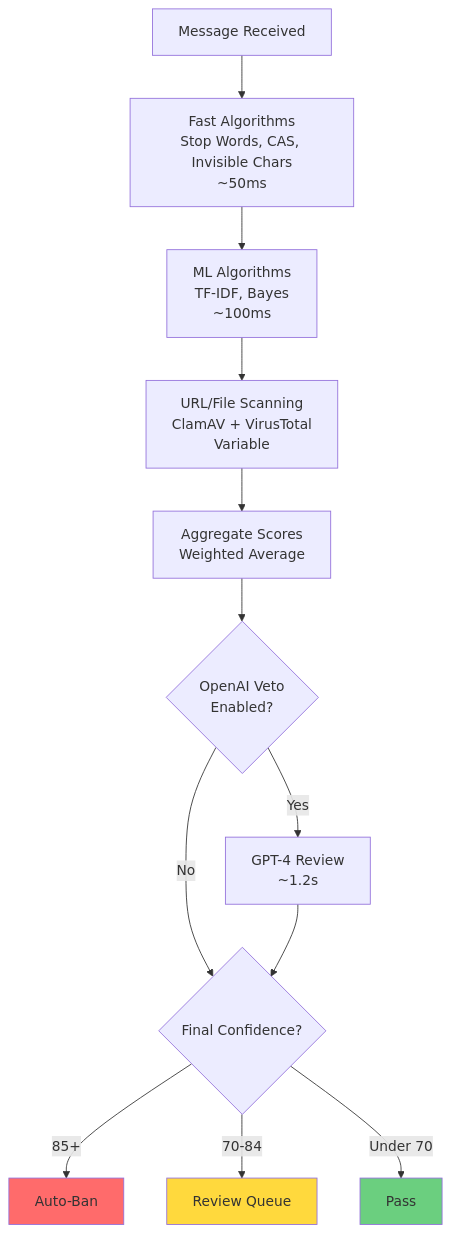
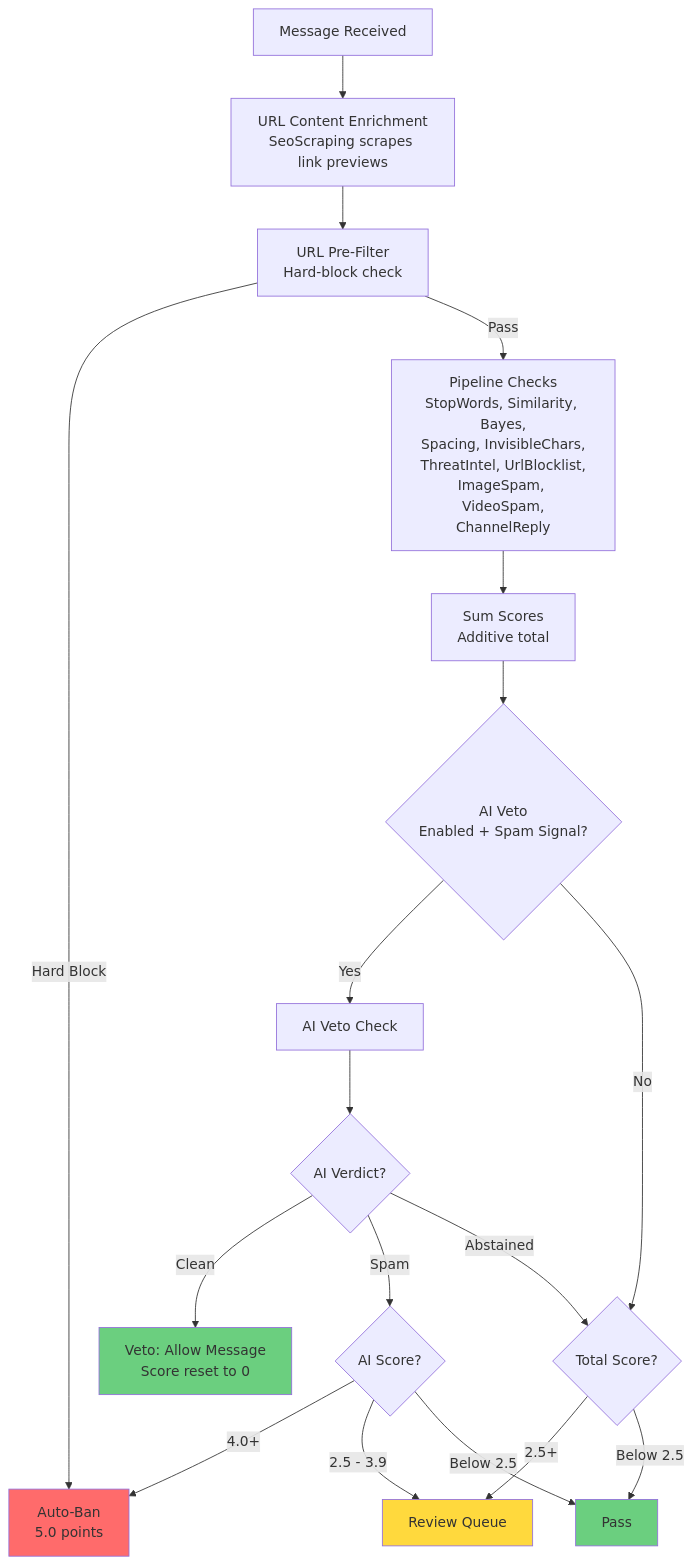
Before and after one commit to musicislife08/TelegramGroupsAdmin: the first of 3 diagrams in TelegramGroupsAdmin/Docs/features/03-spam-detection.md, drawn with Mermaid. The commit also changed other lines of this file and 21 other files, not shown here.

````diff
--- a/TelegramGroupsAdmin/Docs/features/03-spam-detection.md
+++ b/TelegramGroupsAdmin/Docs/features/03-spam-detection.md
@@ -31,18 +52,25 @@
 ```mermaid
 flowchart TD
-    A[Message Received] --> B[Fast Algorithms<br/>Stop Words, CAS, Invisible Chars<br/>~50ms]
-    B --> C[ML Algorithms<br/>TF-IDF, Bayes<br/>~100ms]
-    C --> D[URL/File Scanning<br/>ClamAV + VirusTotal<br/>Variable]
-    D --> E[Aggregate Scores<br/>Weighted Average]
-    E --> F{OpenAI Veto<br/>Enabled?}
-    F -->|Yes| G[GPT-4 Review<br/>~1.2s]
-    F -->|No| H{Final Confidence?}
-    G --> H
-    H -->|85+| I[Auto-Ban]
-    H -->|70-84| J[Review Queue]
-    H -->|Under 70| K[Pass]
+    A[Message Received] --> ENRICH[URL Content Enrichment<br/>SeoScraping scrapes link previews]
+    ENRICH --> PRE[URL Pre-Filter<br/>Hard-block check]
+    PRE -->|Hard Block| BAN[Auto-Ban<br/>5.0 points]
+    PRE -->|Pass| B[Pipeline Checks<br/>StopWords, Similarity, Bayes,<br/>Spacing, InvisibleChars,<br/>ThreatIntel, UrlBlocklist,<br/>ImageSpam, VideoSpam,<br/>ChannelReply]
+    B --> SUM[Sum Scores<br/>Additive total]
+    SUM --> F{AI Veto<br/>Enabled + Spam Signal?}
+    F -->|Yes| G[AI Veto Check]
+    F -->|No| H{Total Score?}
+    G --> AI_RESULT{AI Verdict?}
+    AI_RESULT -->|Clean| VETO[Veto: Allow Message<br/>Score reset to 0]
+    AI_RESULT -->|Spam| AI_SCORE{AI Score?}
+    AI_RESULT -->|Abstained| H
+    AI_SCORE -->|4.0+| BAN
+    AI_SCORE -->|2.5 - 3.9| REVIEW[Review Queue]
+    AI_SCORE -->|Below 2.5| PASS[Pass]
+    H -->|2.5+| REVIEW
+    H -->|Below 2.5| PASS
 
-    style I fill:#ff6b6b
-    style J fill:#ffd93d
-    style K fill:#6bcf7f
+    style BAN fill:#ff6b6b
+    style REVIEW fill:#ffd93d
+    style PASS fill:#6bcf7f
+    style VETO fill:#6bcf7f
 ```
````
